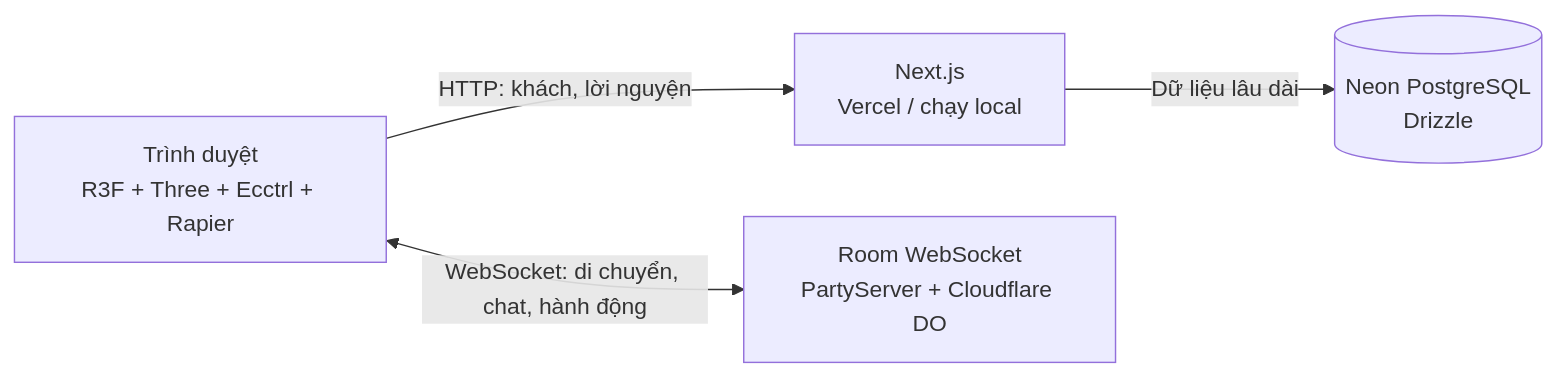
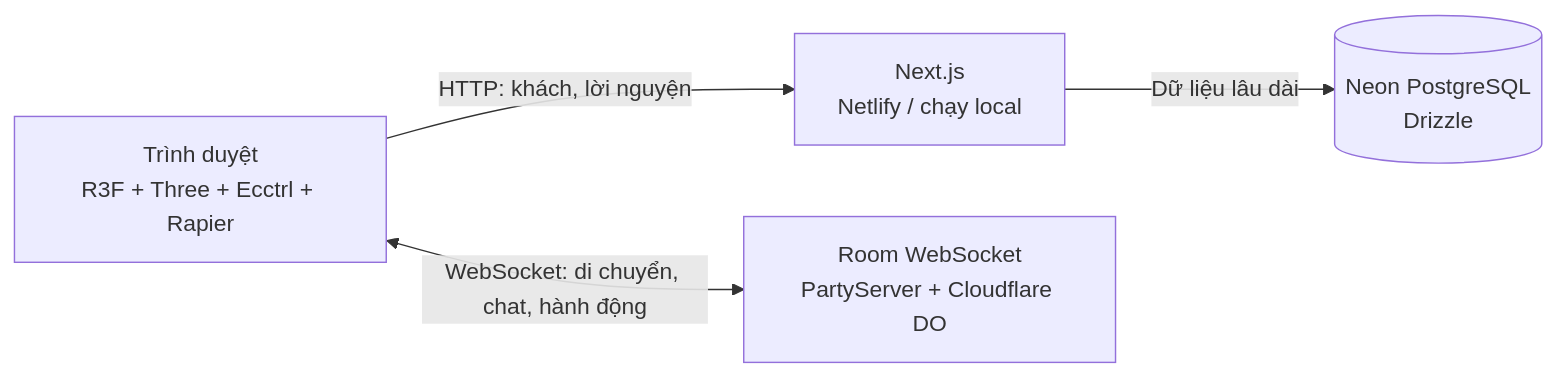
Before and after one commit to VietCodeBug/Pagoda: the diagram in docs/TDD.md, drawn with Mermaid. The commit also changed other lines of this file and 15 other files, not shown here.

````diff
--- a/docs/TDD.md
+++ b/docs/TDD.md
@@ -7,10 +7,10 @@
 ```mermaid
 flowchart LR
   B[Trình duyệt<br/>R3F + Three + Ecctrl + Rapier]
-  W[Next.js<br/>Vercel / chạy local]
+  W[Next.js<br/>Netlify / chạy local]
   R[Room WebSocket<br/>PartyServer + Cloudflare DO]
   D[(Neon PostgreSQL<br/>Drizzle)]
   B -->|HTTP: khách, lời nguyện| W
   B <-->|WebSocket: di chuyển, chat, hành động| R
   W -->|Dữ liệu lâu dài| D
 ```
````
